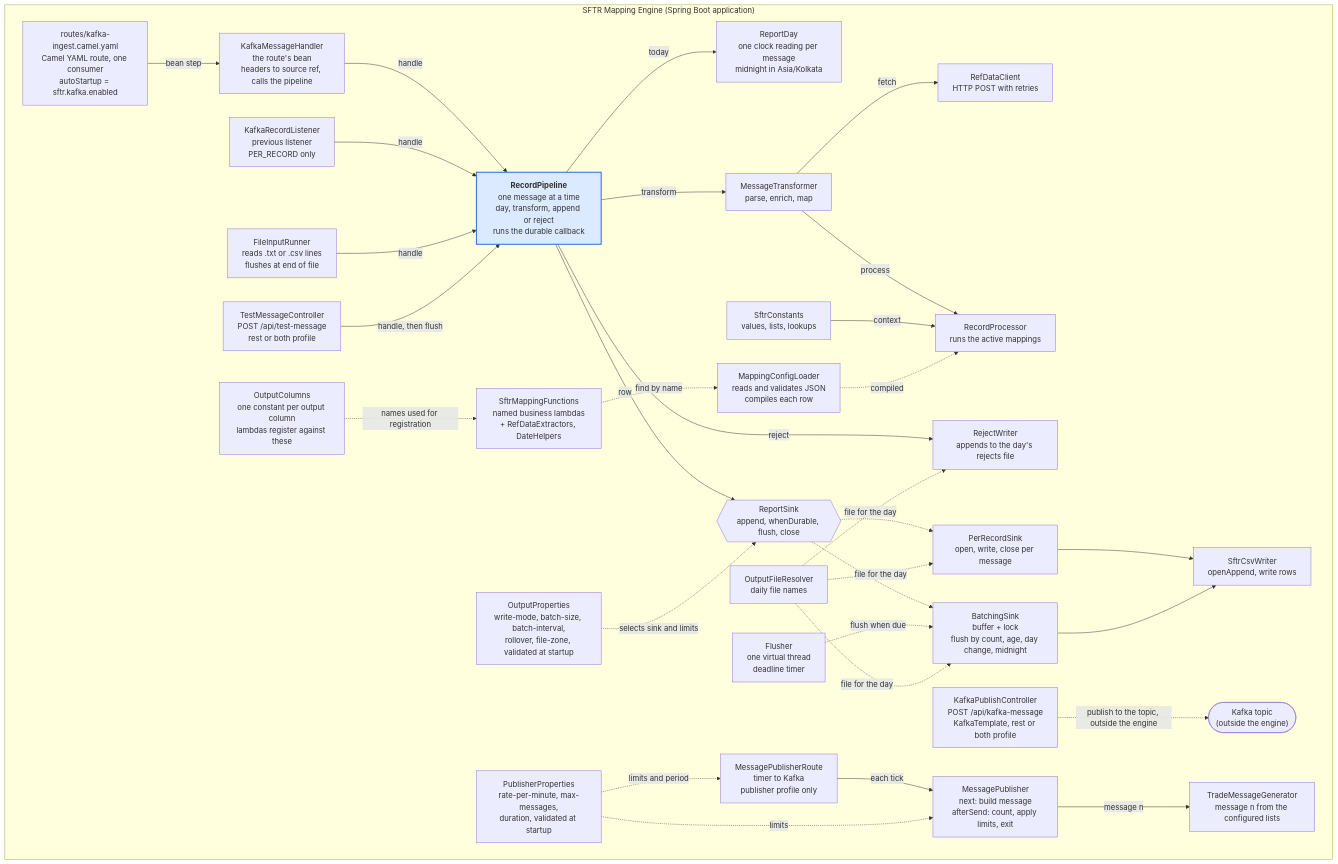
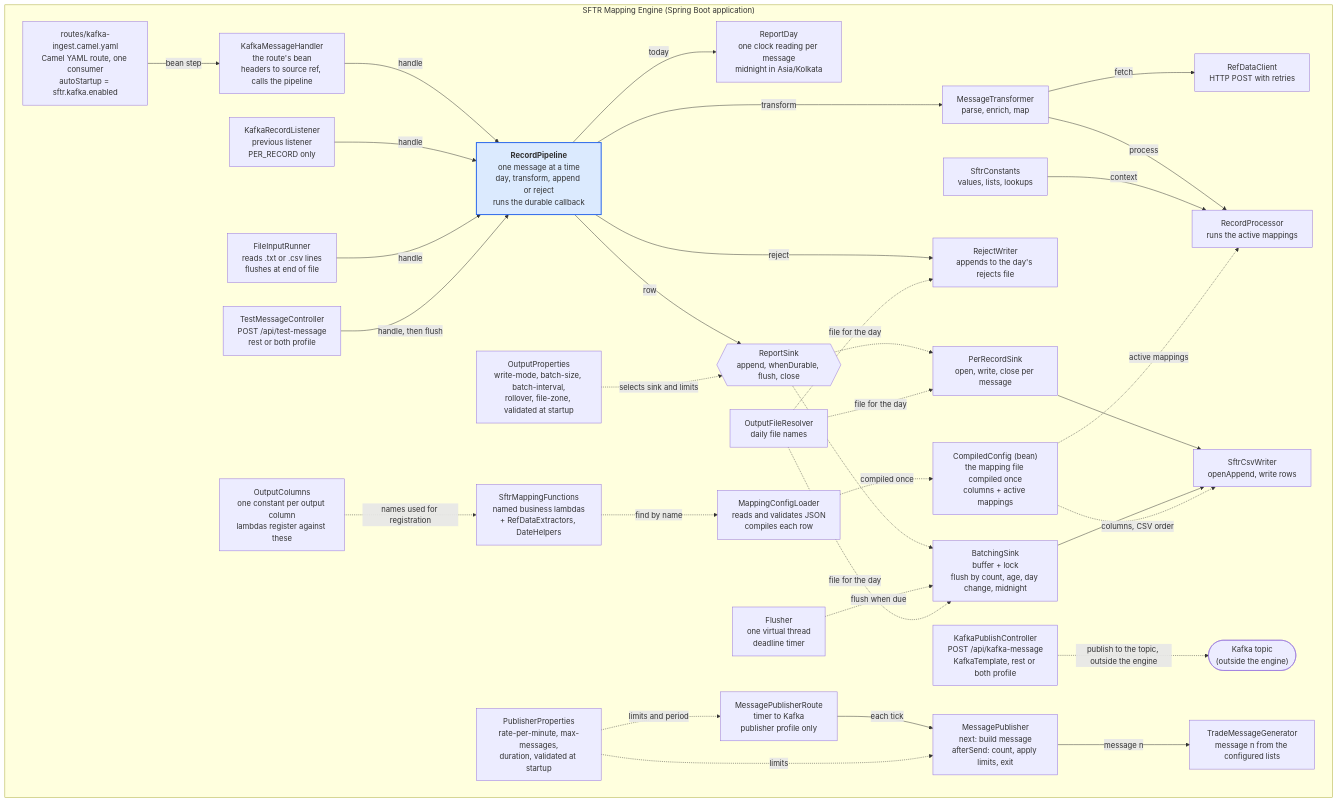
One commit to shanregs/msg-transformer changed the third of 15 diagrams in docs/c4-architecture.md. Above: the diagram before and after it, drawn with Mermaid. The commit also changed other lines of this file and 18 other files, not shown here.

````diff
--- a/docs/c4-architecture.md
+++ b/docs/c4-architecture.md
@@ -45,65 +45,68 @@
 ```mermaid
 flowchart TB
     subgraph engine["SFTR Mapping Engine (Spring Boot application)"]
         route["routes/kafka-ingest.camel.yaml<br/>Camel YAML route, one consumer<br/>autoStartup = sftr.kafka.enabled"]
         handler["KafkaMessageHandler<br/>the route's bean<br/>headers to source ref, calls the pipeline"]
         legacy["KafkaRecordListener<br/>previous listener<br/>PER_RECORD only"]
         file["FileInputRunner<br/>reads .txt or .csv lines<br/>flushes at end of file"]
         rest["TestMessageController<br/>POST /api/test-message<br/>rest or both profile"]
         kpub["KafkaPublishController<br/>POST /api/kafka-message<br/>KafkaTemplate, rest or both profile"]
         pipe["<b>RecordPipeline</b><br/>one message at a time<br/>day, transform, append or reject<br/>runs the durable callback"]
         day["ReportDay<br/>one clock reading per message<br/>midnight in Asia/Kolkata"]
         tf["MessageTransformer<br/>parse, enrich, map"]
         ref["RefDataClient<br/>HTTP POST with retries"]
         proc["RecordProcessor<br/>runs the active mappings"]
         sink{{"ReportSink<br/>append, whenDurable, flush, close"}}
         per["PerRecordSink<br/>open, write, close per message"]
         batch["BatchingSink<br/>buffer + lock<br/>flush by count, age, day change, midnight"]
         timer["Flusher<br/>one virtual thread<br/>deadline timer"]
         rej["RejectWriter<br/>appends to the day's rejects file"]
         csv["SftrCsvWriter<br/>openAppend, write rows"]
         files["OutputFileResolver<br/>daily file names"]
         props["OutputProperties<br/>write-mode, batch-size, batch-interval,<br/>rollover, file-zone, validated at startup"]
         loader["MappingConfigLoader<br/>reads and validates JSON<br/>compiles each row"]
+        cfgbean["CompiledConfig (bean)<br/>the mapping file compiled once<br/>columns + active mappings"]
         fns["SftrMappingFunctions<br/>named business lambdas<br/>+ RefDataExtractors, DateHelpers"]
         cols["OutputColumns<br/>one constant per output column<br/>lambdas register against these"]
         consts["SftrConstants<br/>values, lists, lookups"]
         ptimer["MessagePublisherRoute<br/>timer to Kafka<br/>publisher profile only"]
         pub["MessagePublisher<br/>next: build message<br/>afterSend: count, apply limits, exit"]
         gen["TradeMessageGenerator<br/>message n from the configured lists"]
         pprops["PublisherProperties<br/>rate-per-minute, max-messages,<br/>duration, validated at startup"]
         pub_topic(["Kafka topic<br/>(outside the engine)"])
 
         route -->|bean step| handler
         handler -->|handle| pipe
         legacy -->|handle| pipe
         file -->|handle| pipe
         rest -->|handle, then flush| pipe
         pipe -->|today| day
         pipe -->|transform| tf
         tf -->|fetch| ref
         tf -->|process| proc
         consts -->|context| proc
         pipe -->|row| sink
         pipe -->|reject| rej
         sink -.-> per
         sink -.-> batch
         timer -.->|flush when due| batch
         per --> csv
         batch --> csv
         files -.->|file for the day| per
         files -.->|file for the day| batch
         files -.->|file for the day| rej
         props -.->|selects sink and limits| sink
-        loader -.->|compiled| proc
+        loader -.->|compiled once| cfgbean
+        cfgbean -.->|active mappings| proc
+        cfgbean -.->|columns, CSV order| csv
         fns -.->|find by name| loader
         cols -.->|names used for registration| fns
         kpub -.->|publish to the topic, outside the engine| pub_topic
         ptimer -->|each tick| pub
         pub -->|message n| gen
         pprops -.->|limits and period| ptimer
         pprops -.->|limits| pub
     end
 
     style pipe fill:#dbeafe,stroke:#2563eb,stroke-width:2px
 ```
````
